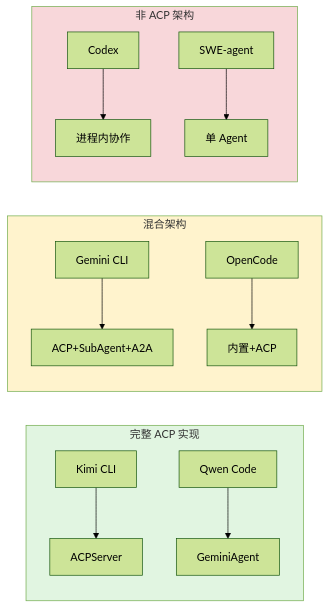
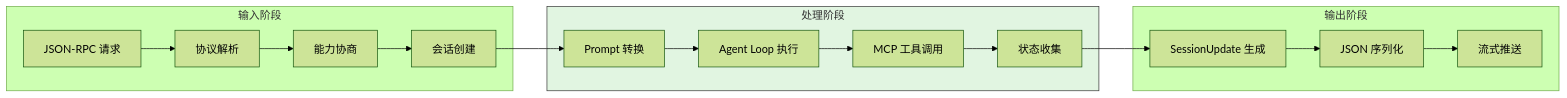
One commit to giraffe-tree/agent-base changed the fourth of 6 diagrams in docs/comm/13-comm-acp-integration.md. Above: the diagram before and after it, drawn with Mermaid (forest theme). The commit also changed other lines of this file and 155 other files, not shown here.

````diff
--- a/docs/comm/13-comm-acp-integration.md
+++ b/docs/comm/13-comm-acp-integration.md
@@ -853,21 +547,24 @@
 ```mermaid
 flowchart LR
-    subgraph FullACP["完整 ACP 实现"]
-        K1[Kimi CLI] --> K2[ACPServer]
-        Q1[Qwen Code] --> Q2[GeminiAgent]
+    subgraph Input["输入阶段"]
+        I1[JSON-RPC 请求] --> I2[协议解析]
+        I2 --> I3[能力协商]
+        I3 --> I4[会话创建]
     end
 
-    subgraph Hybrid["混合架构"]
-        G1[Gemini CLI] --> G2[ACP+SubAgent+A2A]
-        O1[OpenCode] --> O2[内置+ACP]
+    subgraph Process["处理阶段"]
+        P1[Prompt 转换] --> P2[Agent Loop 执行]
+        P2 --> P3[MCP 工具调用]
+        P3 --> P4[状态收集]
     end
 
-    subgraph NoACP["非 ACP 架构"]
-        C1[Codex] --> C2[进程内协作]
-        S1[SWE-agent] --> S2[单 Agent]
+    subgraph Output["输出阶段"]
+        O1[SessionUpdate 生成] --> O2[JSON 序列化]
+        O2 --> O3[流式推送]
     end
 
-    style FullACP fill:#e1f5e1
-    style Hybrid fill:#fff3cd
-    style NoACP fill:#f8d7da
+    I4 --> P1
+    P4 --> O1
+
+    style Process fill:#e1f5e1,stroke:#333
 ```
````
